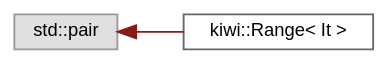
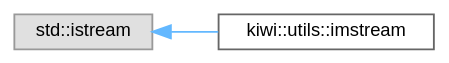
The diagram in inherit_graph_131.dot (bab2min/Kiwi), drawn with Graphviz before and after one commit. The commit also changed 150 other files, not shown here.

```diff
--- a/inherit_graph_131.dot
+++ b/inherit_graph_131.dot
@@ -1,11 +1,11 @@
 digraph "Graphical Class Hierarchy"
 {
  // LATEX_PDF_SIZE
   bgcolor="transparent";
   edge [fontname=Helvetica,fontsize=10,labelfontname=Helvetica,labelfontsize=10];
   node [fontname=Helvetica,fontsize=10,shape=box,height=0.2,width=0.4];
   rankdir="LR";
-  Node0 [id="Node000000",label="std::pair",height=0.2,width=0.4,color="grey60", fillcolor="#E0E0E0", style="filled",tooltip=" "];
-  Node0 -> Node1 [id="edge23_Node000000_Node000001",dir="back",color="firebrick4",style="solid",tooltip=" "];
-  Node1 [id="Node000001",label="kiwi::Range\< It \>",height=0.2,width=0.4,color="grey40", fillcolor="white", style="filled",URL="$classkiwi_1_1Range.html",tooltip=" "];
+  Node0 [id="Node000000",label="std::istream",height=0.2,width=0.4,color="grey60", fillcolor="#E0E0E0", style="filled",tooltip=" "];
+  Node0 -> Node1 [id="edge21_Node000000_Node000001",dir="back",color="steelblue1",style="solid",tooltip=" "];
+  Node1 [id="Node000001",label="kiwi::utils::imstream",height=0.2,width=0.4,color="grey40", fillcolor="white", style="filled",URL="$classkiwi_1_1utils_1_1imstream.html",tooltip=" "];
 }
```
